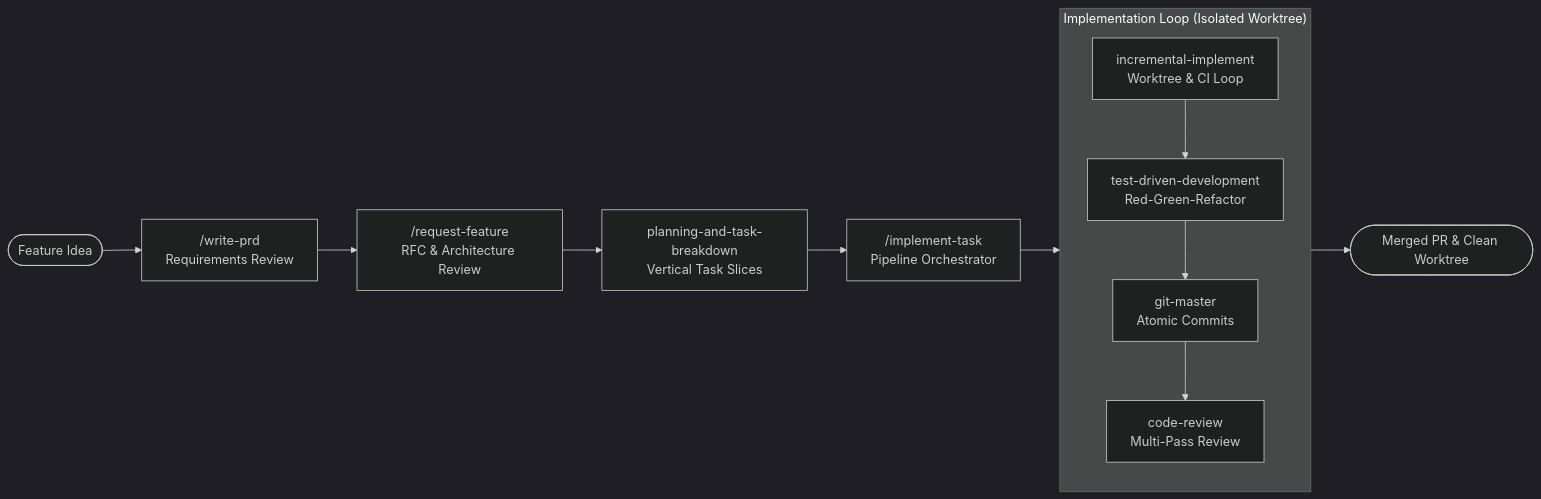
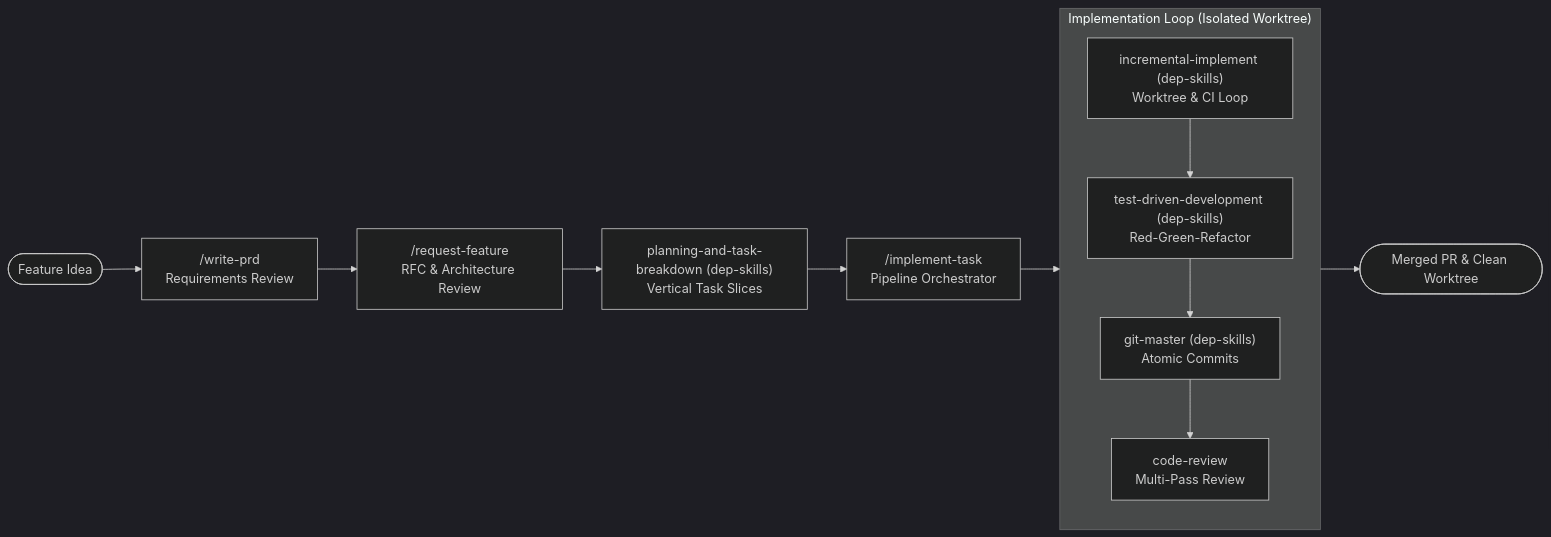
One commit to allanbian1017/skills changed the first of 2 diagrams in README.md. Above: the diagram before and after it, drawn with Mermaid (dark theme). The commit also changed other lines of this file and 57 other files, not shown here.

Commit message:
chore: move external agent skills to private dep-skills repo

````diff
--- a/README.md
+++ b/README.md
@@ -44,19 +44,19 @@
 ```mermaid
 flowchart LR
     Idea([Feature Idea]) --> prd["/write-prd\nRequirements Review"]
     prd --> rfc["/request-feature\nRFC & Architecture Review"]
-    rfc --> planning["planning-and-task-breakdown\nVertical Task Slices"]
+    rfc --> planning["planning-and-task-breakdown (dep-skills)\nVertical Task Slices"]
     planning --> orchestrator["/implement-task\nPipeline Orchestrator"]
     
     subgraph Implementation ["Implementation Loop (Isolated Worktree)"]
         direction TB
-        incremental["incremental-implement\nWorktree & CI Loop"]
-        tdd["test-driven-development\nRed-Green-Refactor"]
-        git_master["git-master\nAtomic Commits"]
+        incremental["incremental-implement (dep-skills)\nWorktree & CI Loop"]
+        tdd["test-driven-development (dep-skills)\nRed-Green-Refactor"]
+        git_master["git-master (dep-skills)\nAtomic Commits"]
         code_review["code-review\nMulti-Pass Review"]
         incremental --> tdd --> git_master --> code_review
     end
 
     orchestrator --> Implementation
     Implementation --> PR([Merged PR & Clean Worktree])
 ```
````
